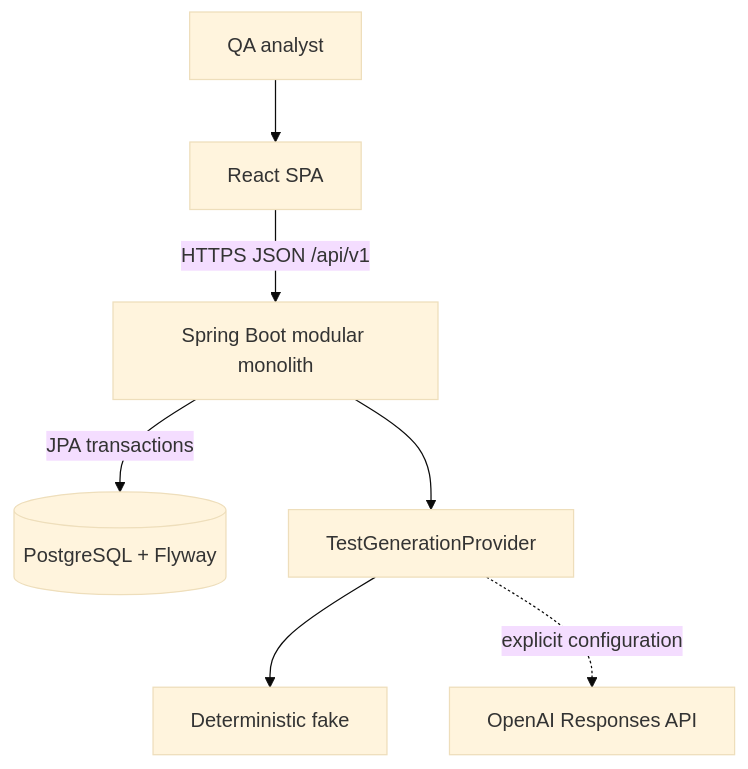
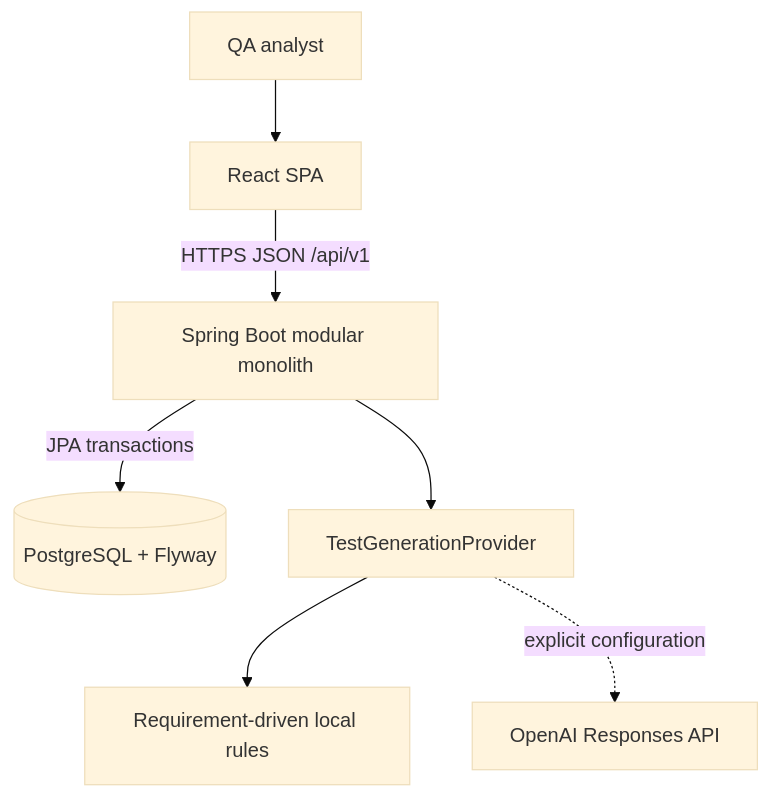
One commit to DWilliams-codes/AITestCaseGeneratorDemo changed the first of 2 diagrams in docs/ARCHITECTURE.md. Above: the diagram before and after it, drawn with Mermaid (base theme). The commit also changed other lines of this file and 25 other files, not shown here.

````diff
--- a/docs/ARCHITECTURE.md
+++ b/docs/ARCHITECTURE.md
@@ -7,9 +7,9 @@
 ```mermaid
 flowchart TB
     Analyst["QA analyst"] --> Browser["React SPA"]
     Browser -->|"HTTPS JSON /api/v1"| API["Spring Boot modular monolith"]
     API -->|"JPA transactions"| PostgreSQL[("PostgreSQL + Flyway")]
     API --> ProviderBoundary["TestGenerationProvider"]
-    ProviderBoundary --> Fake["Deterministic fake"]
+    ProviderBoundary --> Fake["Requirement-driven local rules"]
     ProviderBoundary -. "explicit configuration" .-> OpenAI["OpenAI Responses API"]
 ```
````
